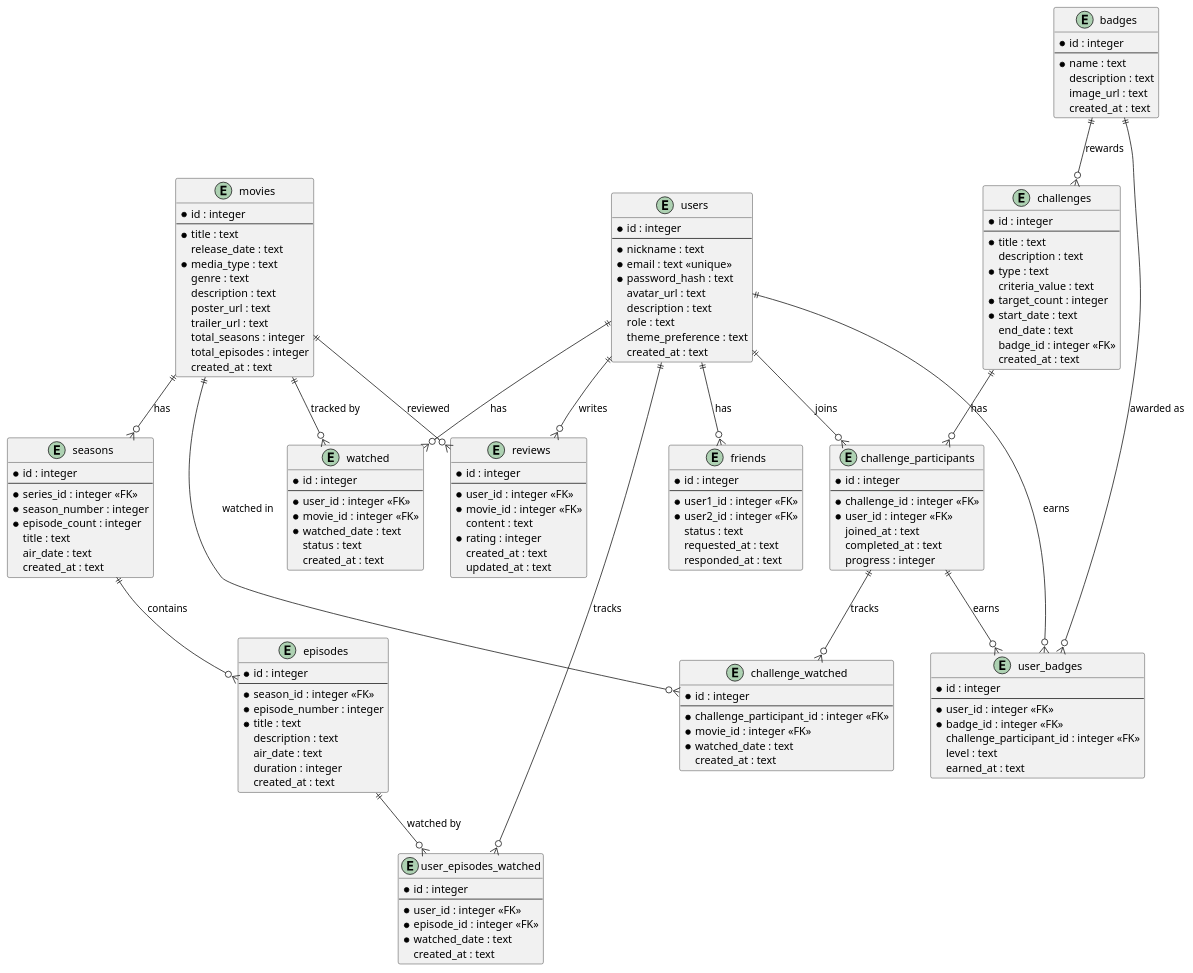
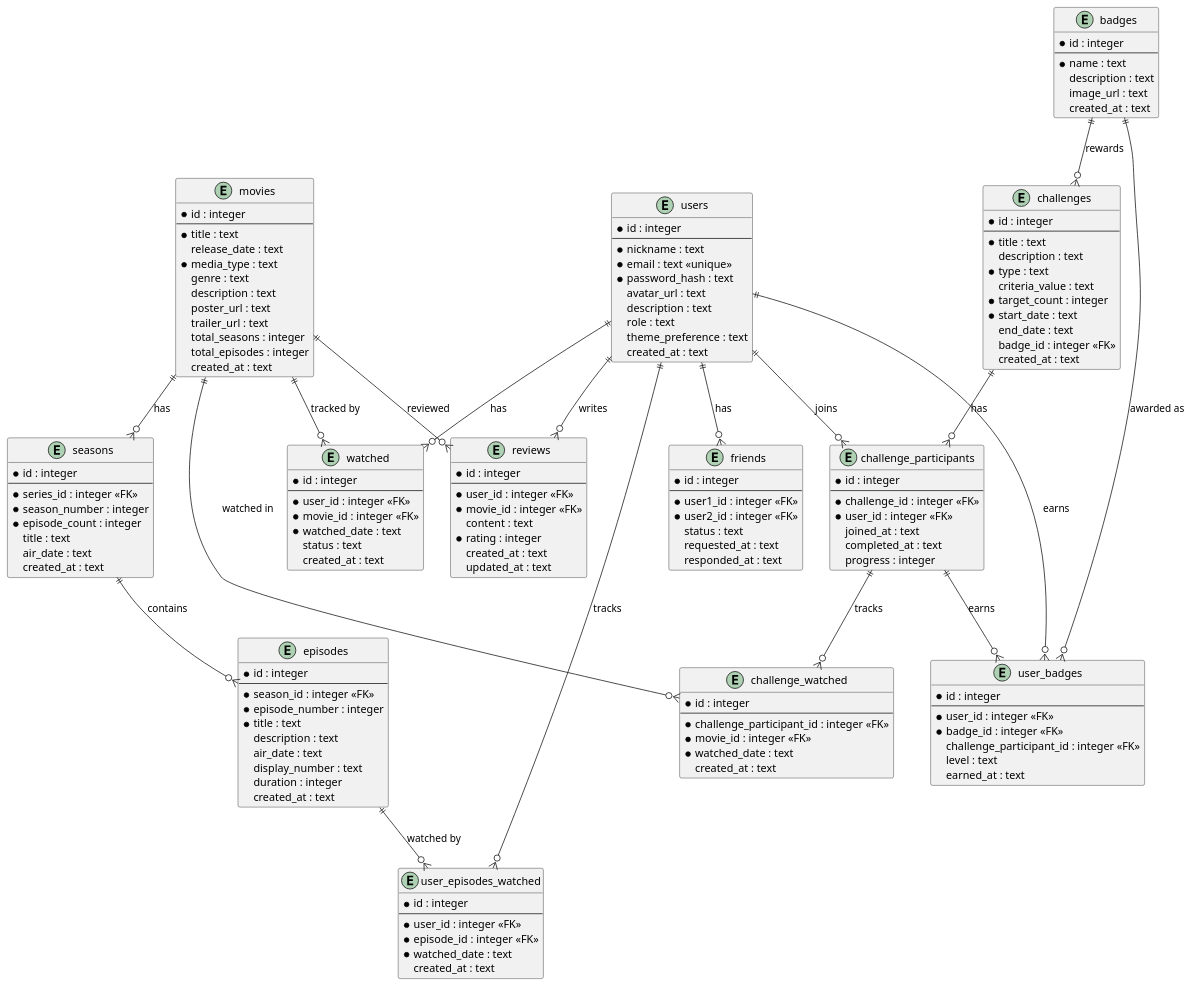
The first of 2 diagrams in docs/DATABASE_DIAGRAM.md (LyRooy/movie-tracker), drawn with PlantUML before and after one commit. The commit also changed other lines of this file and 3 other files, not shown here.

```diff
--- a/docs/DATABASE_DIAGRAM.md
+++ b/docs/DATABASE_DIAGRAM.md
@@ -268,6 +269,7 @@
   * title : text
   description : text
   air_date : text
+  display_number : text
   duration : integer
   created_at : text
 }
```
